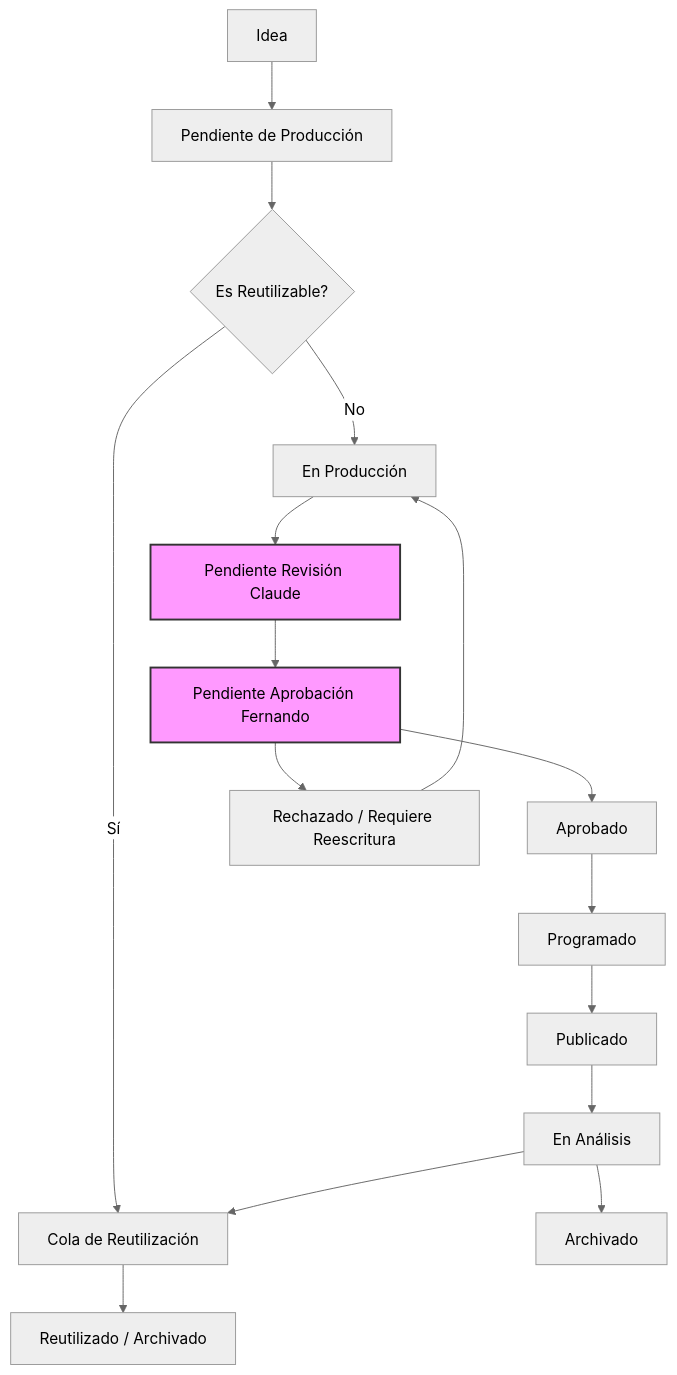
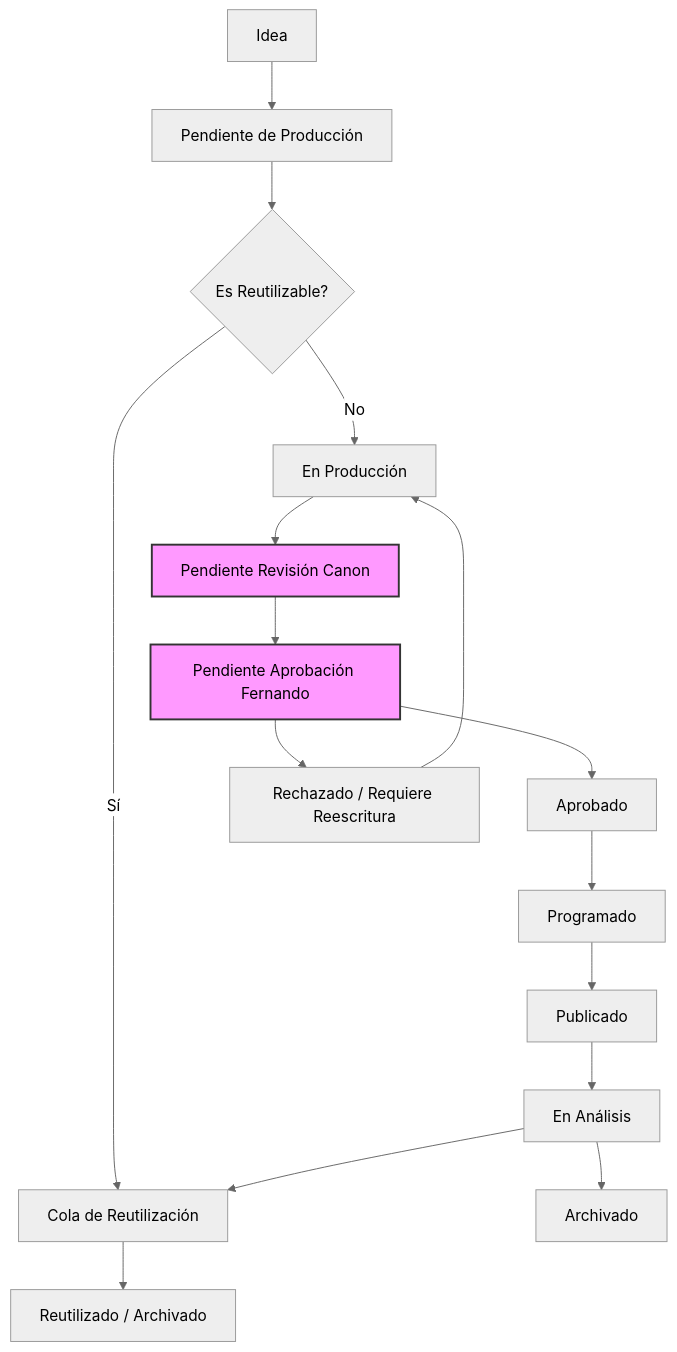
Before and after one commit to iomarketing09-sys/universe-sent-me-growth-os: the diagram in GrowthOS/01_00_Arquitectura_Calendario_Escalable.md, drawn with Mermaid (neutral theme). The commit also changed other lines of this file and 32 other files, not shown here.

````diff
--- a/GrowthOS/01_00_Arquitectura_Calendario_Escalable.md
+++ b/GrowthOS/01_00_Arquitectura_Calendario_Escalable.md
@@ -61,22 +61,22 @@
 ```mermaid
 graph TD
     A[Idea] --> B[Pendiente de Producción]
     B --> C{Es Reutilizable?}
     C -- Sí --> D[Cola de Reutilización]
     C -- No --> E[En Producción]
     D --> F[Reutilizado / Archivado]
-    E --> G[Pendiente Revisión Claude]
+    E --> G[Pendiente Revisión Canon]
     G --> H[Pendiente Aprobación Fernando]
     H --> I[Aprobado]
     H --> J[Rechazado / Requiere Reescritura]
     J --> E
     I --> K[Programado]
     K --> L[Publicado]
     L --> M[En Análisis]
     M --> N[Archivado]
     M --> D
     
     %% Bloqueos
     style G fill:#f9f,stroke:#333,stroke-width:2px
     style H fill:#f9f,stroke:#333,stroke-width:2px
 ```
````
